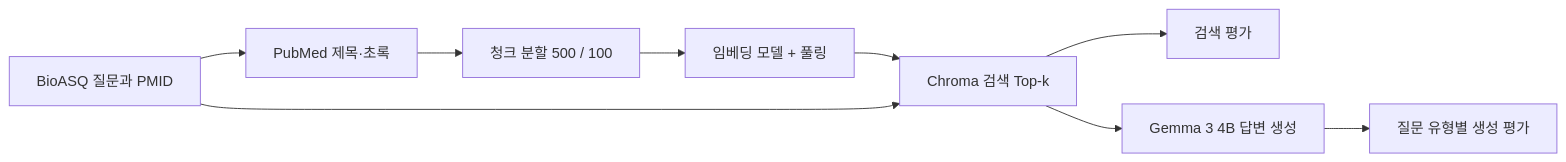
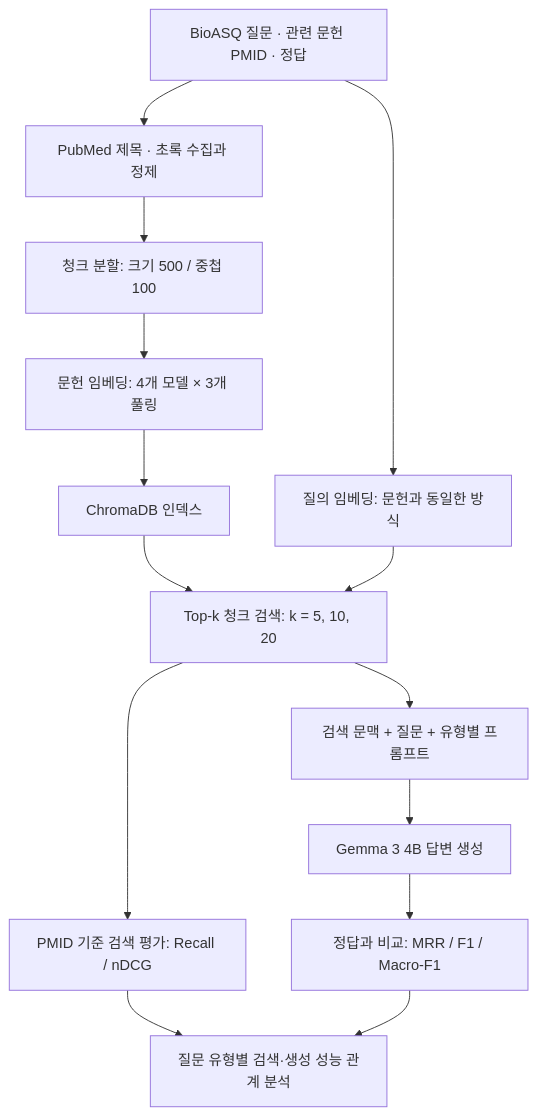
One commit to kio02097/rag-retrieval-generation-analysis changed the diagram in README.md. Above: the diagram before and after it, drawn with Mermaid. The commit also changed other lines of this file, not shown here.

````diff
--- a/README.md
+++ b/README.md
@@ -38,11 +69,16 @@
 ```mermaid
-flowchart LR
-    A[BioASQ 질문과 PMID] --> B[PubMed 제목·초록]
-    B --> C[청크 분할 500 / 100]
-    C --> D[임베딩 모델 + 풀링]
-    D --> E[Chroma 검색 Top-k]
-    A --> E
-    E --> F[검색 평가]
-    E --> G[Gemma 3 4B 답변 생성]
-    G --> H[질문 유형별 생성 평가]
+flowchart TD
+    A[BioASQ 질문 · 관련 문헌 PMID · 정답] --> B[PubMed 제목 · 초록 수집과 정제]
+    B --> C[청크 분할: 크기 500 / 중첩 100]
+    C --> D[문헌 임베딩: 4개 모델 × 3개 풀링]
+    D --> E[ChromaDB 인덱스]
+    A --> Q[질의 임베딩: 문헌과 동일한 방식]
+    E --> R[Top-k 청크 검색: k = 5, 10, 20]
+    Q --> R
+    R --> V[PMID 기준 검색 평가: Recall / nDCG]
+    R --> P[검색 문맥 + 질문 + 유형별 프롬프트]
+    P --> G[Gemma 3 4B 답변 생성]
+    G --> H[정답과 비교: MRR / F1 / Macro-F1]
+    V --> I[질문 유형별 검색·생성 성능 관계 분석]
+    H --> I
 ```
````
